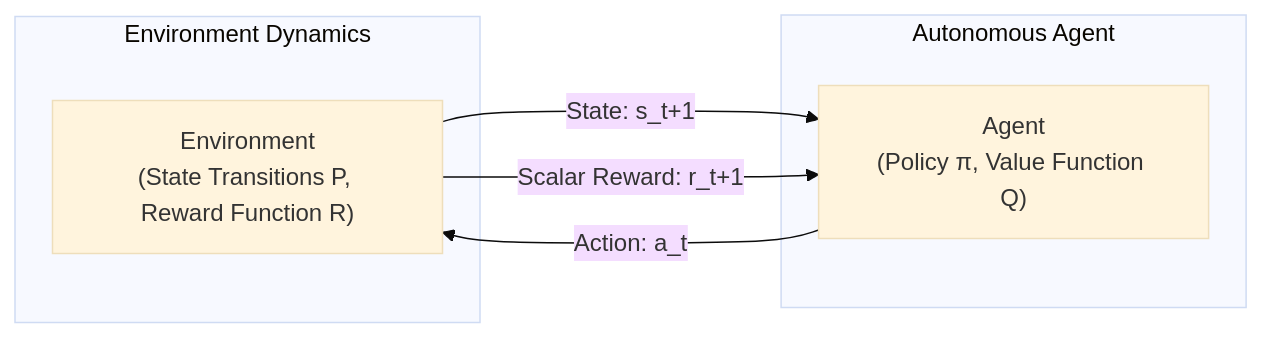
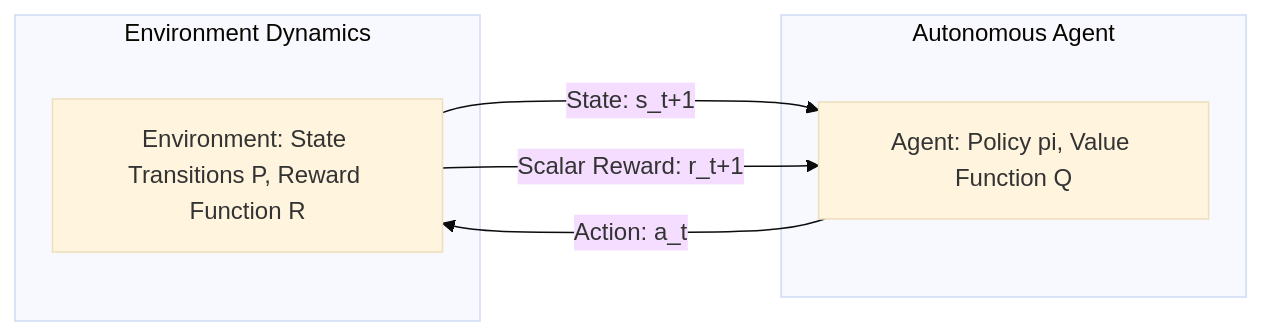
The sixth of 14 diagrams in notes/machine_learning/ssl_rl_and_intro_to_deep_learning.md (DeepLumiere/DeepSkills), drawn with Mermaid (base theme) before and after one commit. The commit also changed other lines of this file and 56 other files, not shown here.

````diff
--- a/notes/machine_learning/ssl_rl_and_intro_to_deep_learning.md
+++ b/notes/machine_learning/ssl_rl_and_intro_to_deep_learning.md
@@ -438,14 +438,14 @@
 ```mermaid
 graph LR
-    subgraph Environment Dynamics
-        Env["Environment<br/>(State Transitions P, Reward Function R)"]
+    subgraph Environment_Dynamics ["Environment Dynamics"]
+        Env["Environment: State Transitions P, Reward Function R"]
     end
 
-    subgraph Autonomous Agent
-        Agent["Agent<br/>(Policy π, Value Function Q)"]
+    subgraph Autonomous_Agent ["Autonomous Agent"]
+        Agent["Agent: Policy pi, Value Function Q"]
     end
 
     Agent -- "Action: a_t" --> Env
     Env -- "State: s_t+1" --> Agent
     Env -- "Scalar Reward: r_t+1" --> Agent
 ```
````
